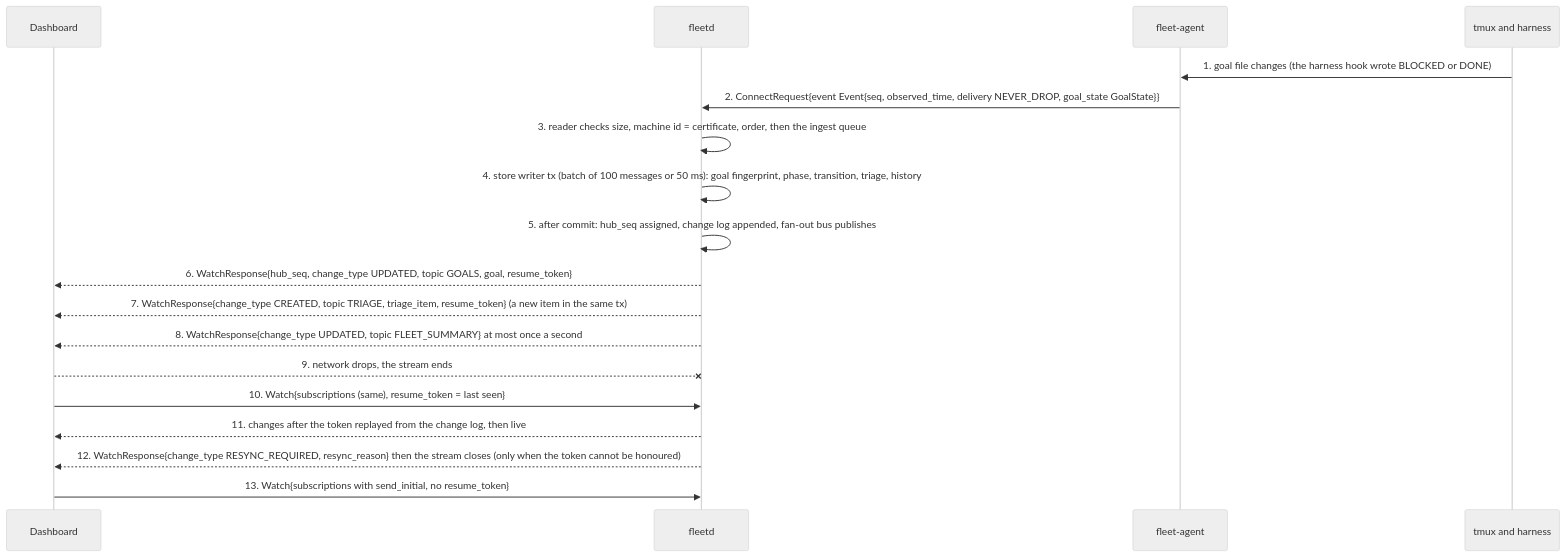
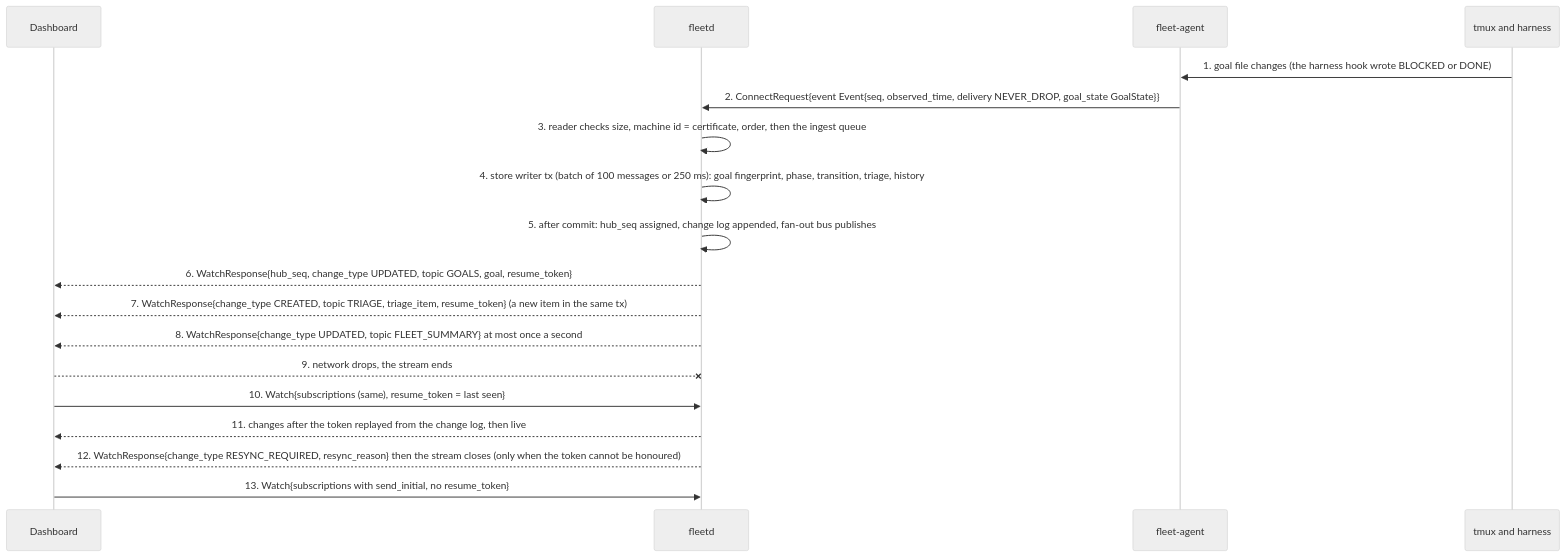
Before and after one commit to linuxdynasty/fleet-board: the first of 7 diagrams in docs/flows/dashboard-hub-agent-2.md, drawn with Mermaid (neutral theme). The commit also changed other lines of this file and 74 other files, not shown here.

````diff
--- a/docs/flows/dashboard-hub-agent-2.md
+++ b/docs/flows/dashboard-hub-agent-2.md
@@ -28,20 +29,20 @@
 ```mermaid
 sequenceDiagram
   participant D as Dashboard
   participant H as fleetd
   participant A as fleet-agent
   participant T as tmux and harness
   T->>A: 1. goal file changes (the harness hook wrote BLOCKED or DONE)
   A->>H: 2. ConnectRequest{event Event{seq, observed_time, delivery NEVER_DROP, goal_state GoalState}}
   H->>H: 3. reader checks size, machine id = certificate, order, then the ingest queue
-  H->>H: 4. store writer tx (batch of 100 messages or 50 ms): goal fingerprint, phase, transition, triage, history
+  H->>H: 4. store writer tx (batch of 100 messages or 250 ms): goal fingerprint, phase, transition, triage, history
   H->>H: 5. after commit: hub_seq assigned, change log appended, fan-out bus publishes
   H-->>D: 6. WatchResponse{hub_seq, change_type UPDATED, topic GOALS, goal, resume_token}
   H-->>D: 7. WatchResponse{change_type CREATED, topic TRIAGE, triage_item, resume_token} (a new item in the same tx)
   H-->>D: 8. WatchResponse{change_type UPDATED, topic FLEET_SUMMARY} at most once a second
   D--xH: 9. network drops, the stream ends
   D->>H: 10. Watch{subscriptions (same), resume_token = last seen}
   H-->>D: 11. changes after the token replayed from the change log, then live
   H-->>D: 12. WatchResponse{change_type RESYNC_REQUIRED, resync_reason} then the stream closes (only when the token cannot be honoured)
   D->>H: 13. Watch{subscriptions with send_initial, no resume_token}
 ```
````
